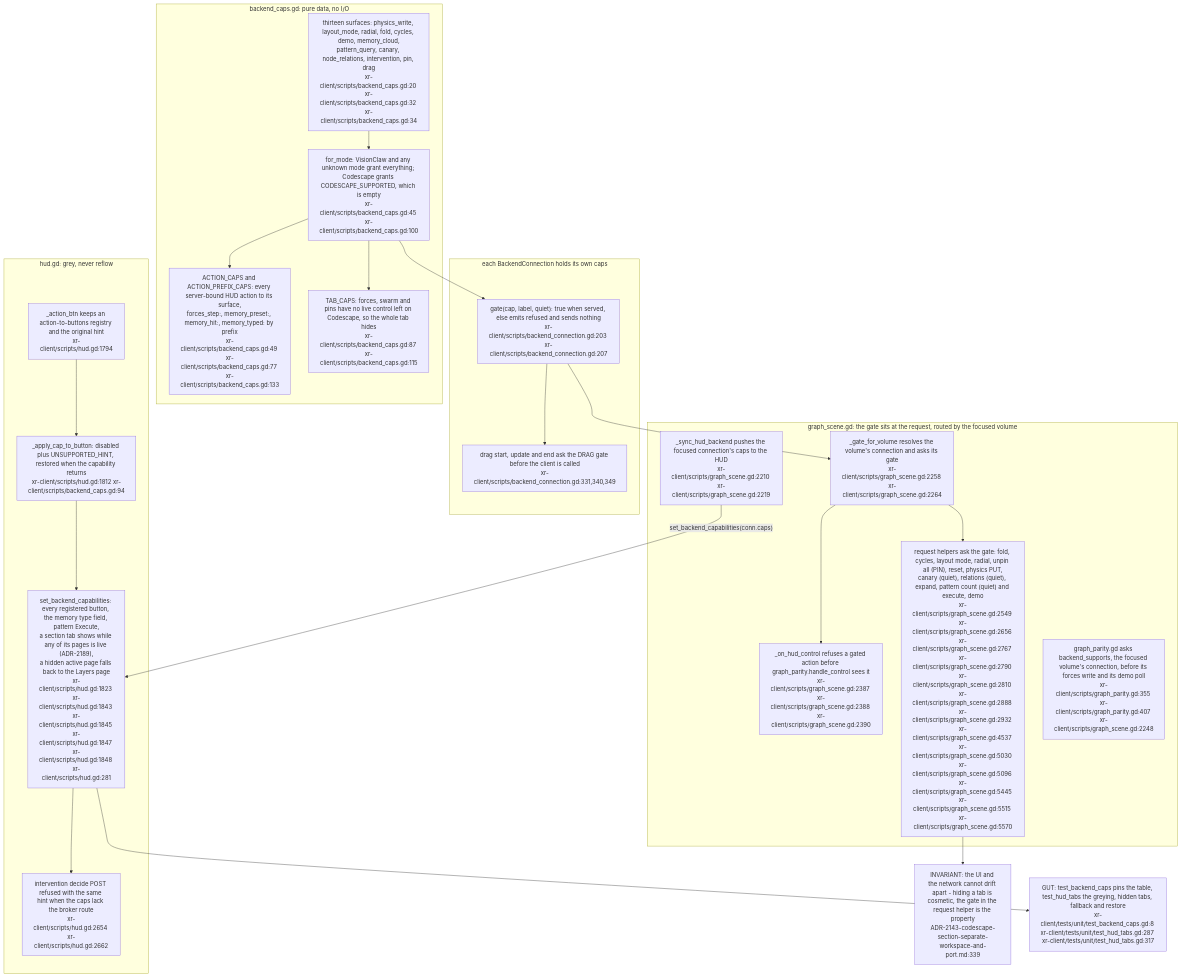
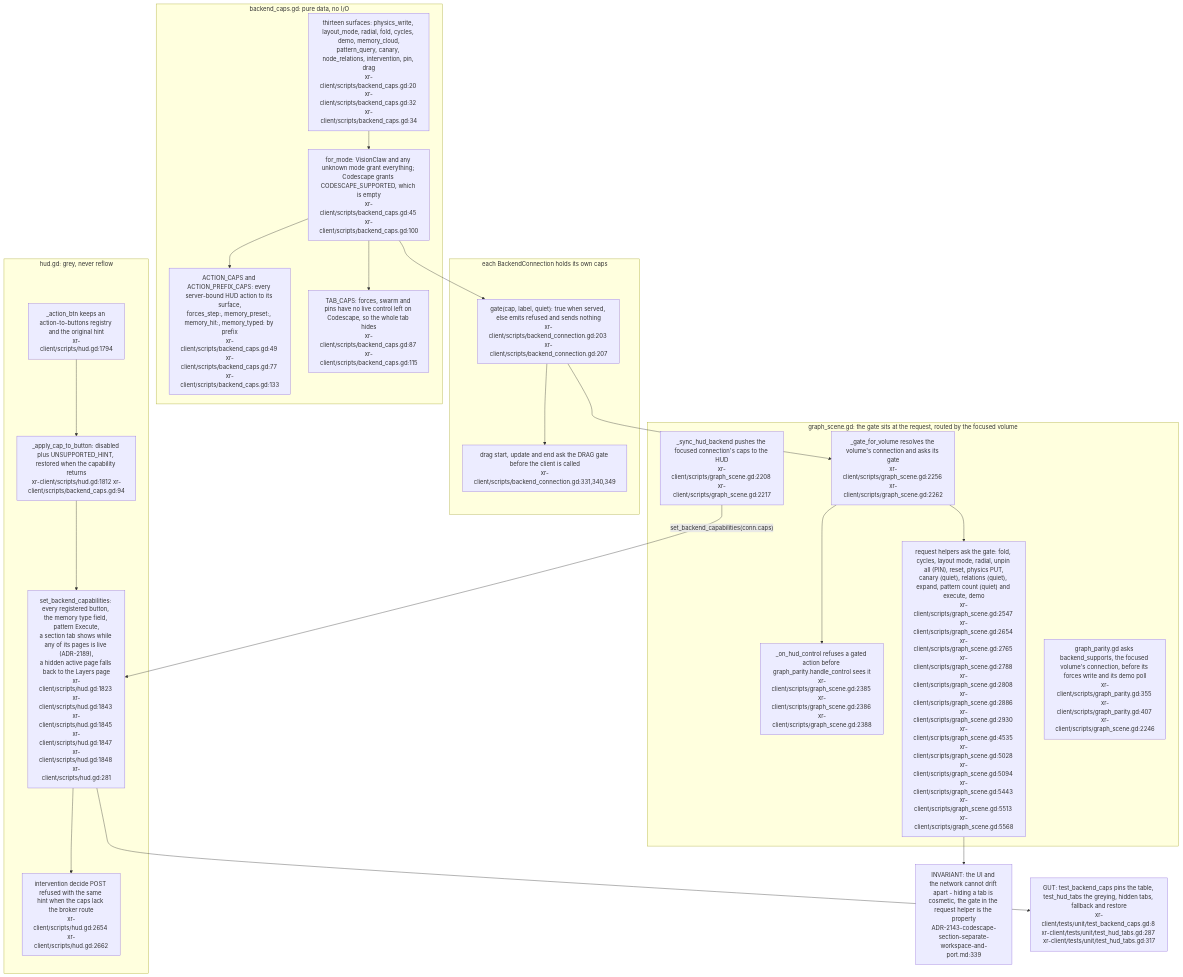
One commit to DreamLab-AI/VisionFlow changed the first of 3 diagrams in docs/diagrams/visionclaw/40-xr-two-backends-capability-gating.md. Above: the diagram before and after it, drawn with Mermaid. The commit also changed other lines of this file and 7 other files, not shown here.

First line of the commit message:
diagrams(visionclaw): re-verify VC-34 to VC-40 and VC-42 at visionclaw 4900ec6, agentbox 59b1aca

````diff
--- a/docs/diagrams/visionclaw/40-xr-two-backends-capability-gating.md
+++ b/docs/diagrams/visionclaw/40-xr-two-backends-capability-gating.md
@@ -40,41 +40,41 @@
 ```mermaid
 flowchart TB
     subgraph TABLE["backend_caps.gd: pure data, no I/O"]
         KEYS["thirteen surfaces: physics_write, layout_mode, radial, fold, cycles, demo, memory_cloud,<br/>pattern_query, canary, node_relations, intervention, pin, drag<br/>xr-client/scripts/backend_caps.gd:20 xr-client/scripts/backend_caps.gd:32 xr-client/scripts/backend_caps.gd:34"]
         MODE["for_mode: VisionClaw and any unknown mode grant everything; Codescape grants CODESCAPE_SUPPORTED, which is empty<br/>xr-client/scripts/backend_caps.gd:45 xr-client/scripts/backend_caps.gd:100"]
         AMAP["ACTION_CAPS and ACTION_PREFIX_CAPS: every server-bound HUD action to its surface,<br/>forces_step:, memory_preset:, memory_hit:, memory_typed: by prefix<br/>xr-client/scripts/backend_caps.gd:49 xr-client/scripts/backend_caps.gd:77 xr-client/scripts/backend_caps.gd:133"]
         TMAP["TAB_CAPS: forces, swarm and pins have no live control left on Codescape, so the whole tab hides<br/>xr-client/scripts/backend_caps.gd:87 xr-client/scripts/backend_caps.gd:115"]
         KEYS --> MODE
         MODE --> AMAP
         MODE --> TMAP
     end
     subgraph CONN["each BackendConnection holds its own caps"]
         CGATE["gate(cap, label, quiet): true when served, else emits refused and sends nothing<br/>xr-client/scripts/backend_connection.gd:203 xr-client/scripts/backend_connection.gd:207"]
         DRAG["drag start, update and end ask the DRAG gate before the client is called<br/>xr-client/scripts/backend_connection.gd:331,340,349"]
     end
     subgraph SCENE["graph_scene.gd: the gate sits at the request, routed by the focused volume"]
-        GATE["_gate_for_volume resolves the volume's connection and asks its gate<br/>xr-client/scripts/graph_scene.gd:2258 xr-client/scripts/graph_scene.gd:2264"]
-        CTRL["_on_hud_control refuses a gated action before graph_parity.handle_control sees it<br/>xr-client/scripts/graph_scene.gd:2387 xr-client/scripts/graph_scene.gd:2388 xr-client/scripts/graph_scene.gd:2390"]
-        REQ["request helpers ask the gate: fold, cycles, layout mode, radial, unpin all (PIN), reset, physics PUT,<br/>canary (quiet), relations (quiet), expand, pattern count (quiet) and execute, demo<br/>xr-client/scripts/graph_scene.gd:2549 xr-client/scripts/graph_scene.gd:2656 xr-client/scripts/graph_scene.gd:2767 xr-client/scripts/graph_scene.gd:2790 xr-client/scripts/graph_scene.gd:2810 xr-client/scripts/graph_scene.gd:2888 xr-client/scripts/graph_scene.gd:2932 xr-client/scripts/graph_scene.gd:4537 xr-client/scripts/graph_scene.gd:5030 xr-client/scripts/graph_scene.gd:5096 xr-client/scripts/graph_scene.gd:5445 xr-client/scripts/graph_scene.gd:5515 xr-client/scripts/graph_scene.gd:5570"]
-        PAR["graph_parity.gd asks backend_supports, the focused volume's connection, before its forces write and its demo poll<br/>xr-client/scripts/graph_parity.gd:355 xr-client/scripts/graph_parity.gd:407 xr-client/scripts/graph_scene.gd:2248"]
-        SYNC["_sync_hud_backend pushes the focused connection's caps to the HUD<br/>xr-client/scripts/graph_scene.gd:2210 xr-client/scripts/graph_scene.gd:2219"]
+        GATE["_gate_for_volume resolves the volume's connection and asks its gate<br/>xr-client/scripts/graph_scene.gd:2256 xr-client/scripts/graph_scene.gd:2262"]
+        CTRL["_on_hud_control refuses a gated action before graph_parity.handle_control sees it<br/>xr-client/scripts/graph_scene.gd:2385 xr-client/scripts/graph_scene.gd:2386 xr-client/scripts/graph_scene.gd:2388"]
+        REQ["request helpers ask the gate: fold, cycles, layout mode, radial, unpin all (PIN), reset, physics PUT,<br/>canary (quiet), relations (quiet), expand, pattern count (quiet) and execute, demo<br/>xr-client/scripts/graph_scene.gd:2547 xr-client/scripts/graph_scene.gd:2654 xr-client/scripts/graph_scene.gd:2765 xr-client/scripts/graph_scene.gd:2788 xr-client/scripts/graph_scene.gd:2808 xr-client/scripts/graph_scene.gd:2886 xr-client/scripts/graph_scene.gd:2930 xr-client/scripts/graph_scene.gd:4535 xr-client/scripts/graph_scene.gd:5028 xr-client/scripts/graph_scene.gd:5094 xr-client/scripts/graph_scene.gd:5443 xr-client/scripts/graph_scene.gd:5513 xr-client/scripts/graph_scene.gd:5568"]
+        PAR["graph_parity.gd asks backend_supports, the focused volume's connection, before its forces write and its demo poll<br/>xr-client/scripts/graph_parity.gd:355 xr-client/scripts/graph_parity.gd:407 xr-client/scripts/graph_scene.gd:2246"]
+        SYNC["_sync_hud_backend pushes the focused connection's caps to the HUD<br/>xr-client/scripts/graph_scene.gd:2208 xr-client/scripts/graph_scene.gd:2217"]
         GATE --> CTRL
         GATE --> REQ
     end
     subgraph HUD["hud.gd: grey, never reflow"]
         REG["_action_btn keeps an action-to-buttons registry and the original hint<br/>xr-client/scripts/hud.gd:1794"]
         APPLY["_apply_cap_to_button: disabled plus UNSUPPORTED_HINT, restored when the capability returns<br/>xr-client/scripts/hud.gd:1812 xr-client/scripts/backend_caps.gd:94"]
         SET["set_backend_capabilities: every registered button, the memory type field, pattern Execute,<br/>a section tab shows while any of its pages is live (ADR-2189),<br/>a hidden active page falls back to the Layers page<br/>xr-client/scripts/hud.gd:1823 xr-client/scripts/hud.gd:1843 xr-client/scripts/hud.gd:1845 xr-client/scripts/hud.gd:1847 xr-client/scripts/hud.gd:1848 xr-client/scripts/hud.gd:281"]
         DEC["intervention decide POST refused with the same hint when the caps lack the broker route<br/>xr-client/scripts/hud.gd:2654 xr-client/scripts/hud.gd:2662"]
         REG --> APPLY --> SET
         SET --> DEC
     end
     MODE --> CGATE
     CGATE --> GATE
     CGATE --> DRAG
     SYNC -->|"set_backend_capabilities(conn.caps)"| SET
     INV["INVARIANT: the UI and the network cannot drift apart - hiding a tab is cosmetic, the gate in the request helper is the property<br/>ADR-2143-codescape-section-separate-workspace-and-port.md:339"]
     T1["GUT: test_backend_caps pins the table, test_hud_tabs the greying, hidden tabs, fallback and restore<br/>xr-client/tests/unit/test_backend_caps.gd:8 xr-client/tests/unit/test_hud_tabs.gd:287 xr-client/tests/unit/test_hud_tabs.gd:317"]
     REQ --> INV
     SET --> T1
 ```
````
